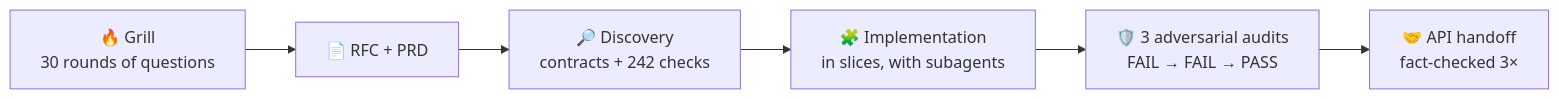
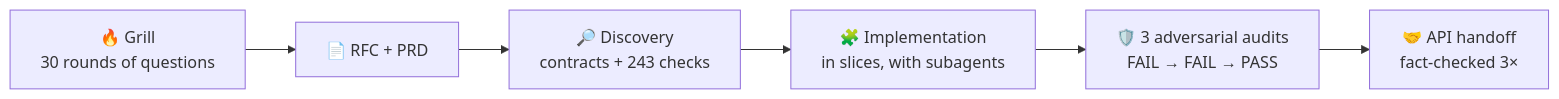
Before and after one commit to micaelcf/parcela-mais-case: the fifth of 6 diagrams in README.en.md, drawn with Mermaid. The commit also changed other lines of this file and 4 other files, not shown here.

````diff
--- a/README.en.md
+++ b/README.en.md
@@ -169,8 +169,8 @@
 ```mermaid
 flowchart LR
     G["🔥 Grill<br/>30 rounds of questions"] --> D["📄 RFC + PRD"]
-    D --> C["🔎 Discovery<br/>contracts + 242 checks"]
+    D --> C["🔎 Discovery<br/>contracts + 243 checks"]
     C --> S["🧩 Implementation<br/>in slices, with subagents"]
     S --> A["🛡️ 3 adversarial audits<br/>FAIL → FAIL → PASS"]
     A --> H["🤝 API handoff<br/>fact-checked 3×"]
 ```
````
